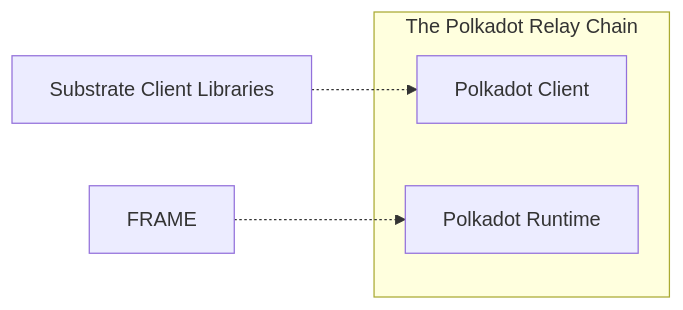
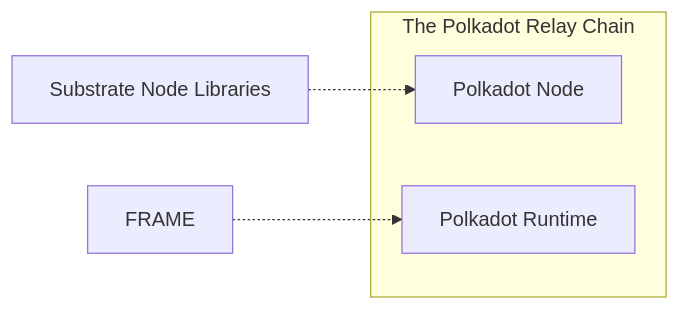
One commit to paritytech/polkadot-sdk changed the diagram in docs/mermaid/polkadot_sdk_polkadot.mmd. Above: the diagram before and after it, drawn with Mermaid. The commit also changed 30 other files, not shown here.

```diff
--- a/docs/mermaid/polkadot_sdk_polkadot.mmd
+++ b/docs/mermaid/polkadot_sdk_polkadot.mmd
@@ -1,9 +1,9 @@
 flowchart LR
 
 	subgraph Polkadot[The Polkadot Relay Chain]
-		PolkadotClient[Polkadot Client]
+		PolkadotNode[Polkadot Node]
 		PolkadotRuntime[Polkadot Runtime]
 	end
 
     FRAME -.-> PolkadotRuntime
-    Substrate[Substrate Client Libraries] -.-> PolkadotClient
+    Substrate[Substrate Node Libraries] -.-> PolkadotNode
```
